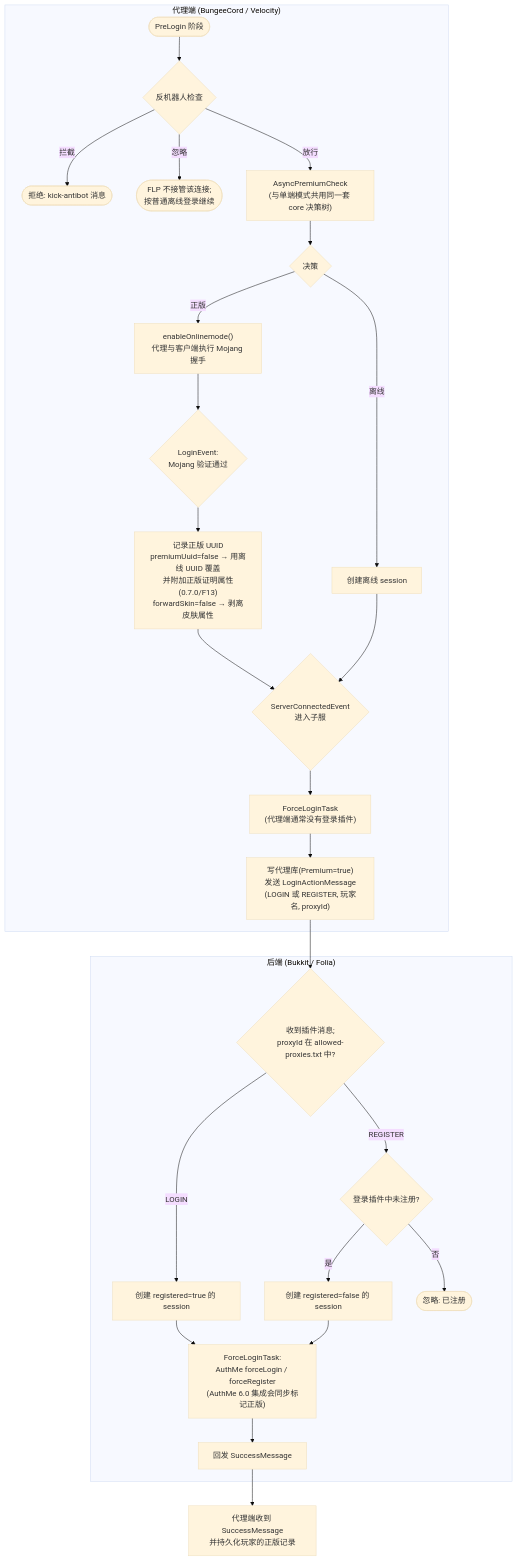
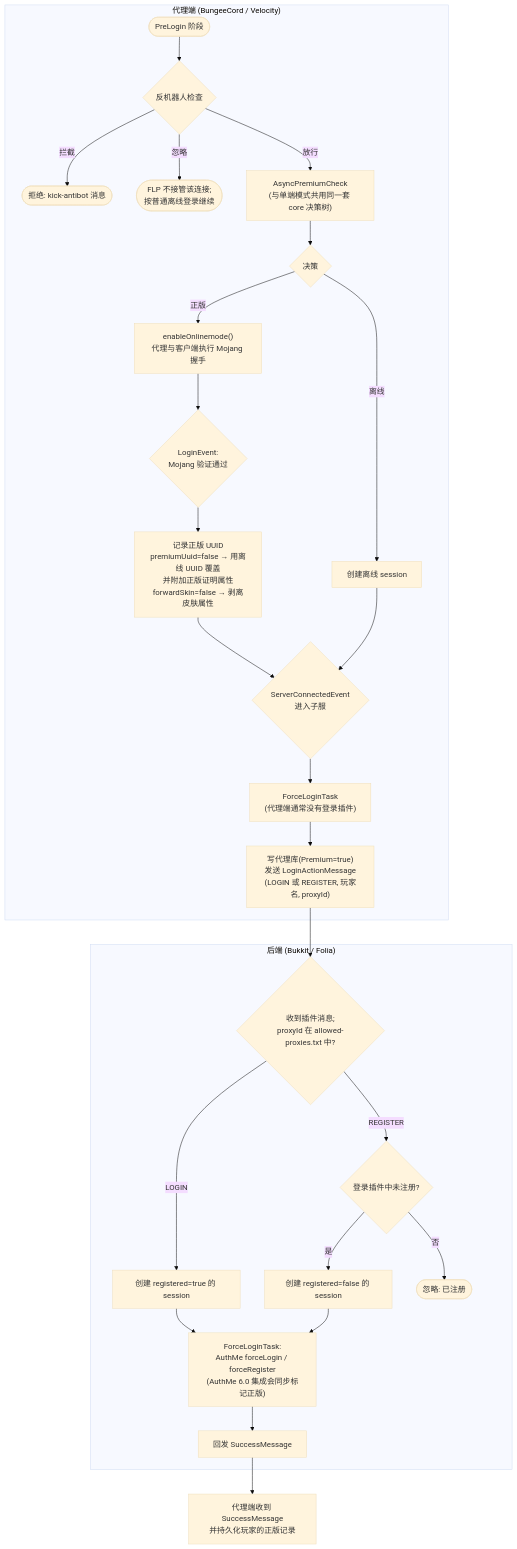
One commit to Hayston1001/FastLoginPlus changed the fourth of 4 diagrams in docs/zh/LOGIN-FLOW.md. Above: the diagram before and after it, drawn with Mermaid (base theme). The commit also changed other lines of this file and 102 other files, not shown here.

````diff
--- a/docs/zh/LOGIN-FLOW.md
+++ b/docs/zh/LOGIN-FLOW.md
@@ -220,32 +220,32 @@
 ```mermaid
 flowchart TD
     subgraph PROXY ["代理端 (BungeeCord / Velocity)"]
         P1([PreLogin 阶段]) --> P2{反机器人检查}
         P2 -->|拦截| P3([拒绝: kick-antibot 消息])
         P2 -->|忽略| P4([FLP 不接管该连接;<br/>按普通离线登录继续])
         P2 -->|放行| P5["AsyncPremiumCheck<br/>(与单端模式共用同一套 core 决策树)"]
         P5 --> P6{决策}
         P6 -->|正版| P7["enableOnlinemode()<br/>代理与客户端执行 Mojang 握手"]
         P6 -->|离线| P8[创建离线 session]
         P7 --> P9{"LoginEvent:<br/>Mojang 验证通过"}
-        P9 --> P10["记录正版 UUID<br/>premiumUuid=false → 用离线 UUID 覆盖<br/>并附加正版证明属性(0.7.0/F13)<br/>forwardSkin=false → 剥离皮肤属性"]
+        P9 --> P10["记录正版 UUID<br/>premiumUuid=false → 用离线 UUID 覆盖<br/>并附加正版证明属性<br/>forwardSkin=false → 剥离皮肤属性"]
         P10 --> P11
         P8 --> P11{"ServerConnectedEvent<br/>进入子服"}
         P11 --> P12["ForceLoginTask<br/>(代理端通常没有登录插件)"]
         P12 --> P13["写代理库(Premium=true)<br/>发送 LoginActionMessage<br/>(LOGIN 或 REGISTER, 玩家名, proxyId)"]
     end
 
     subgraph BACKEND ["后端 (Bukkit / Folia)"]
         B1{"收到插件消息;<br/>proxyId 在 allowed-proxies.txt 中?"}
         B1 -->|LOGIN| B2["创建 registered=true 的 session"]
         B1 -->|REGISTER| B3{"登录插件中未注册?"}
         B3 -->|是| B4["创建 registered=false 的 session"]
         B3 -->|否| B5([忽略: 已注册])
         B2 --> B6["ForceLoginTask:<br/>AuthMe forceLogin / forceRegister<br/>(AuthMe 6.0 集成会同步标记正版)"]
         B4 --> B6
         B6 --> B7["回发 SuccessMessage"]
     end
 
     P13 --> B1
     B7 --> P14["代理端收到 SuccessMessage<br/>并持久化玩家的正版记录"]
 ```
````
